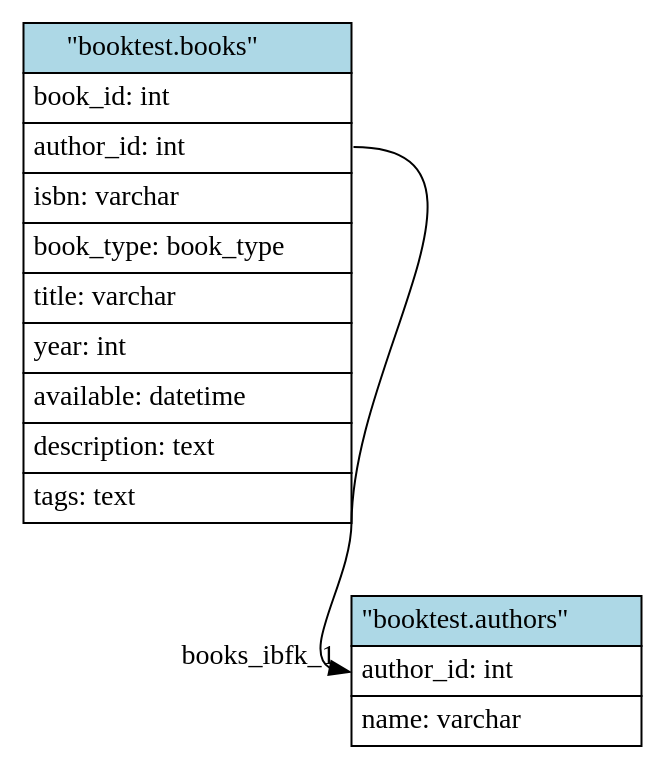
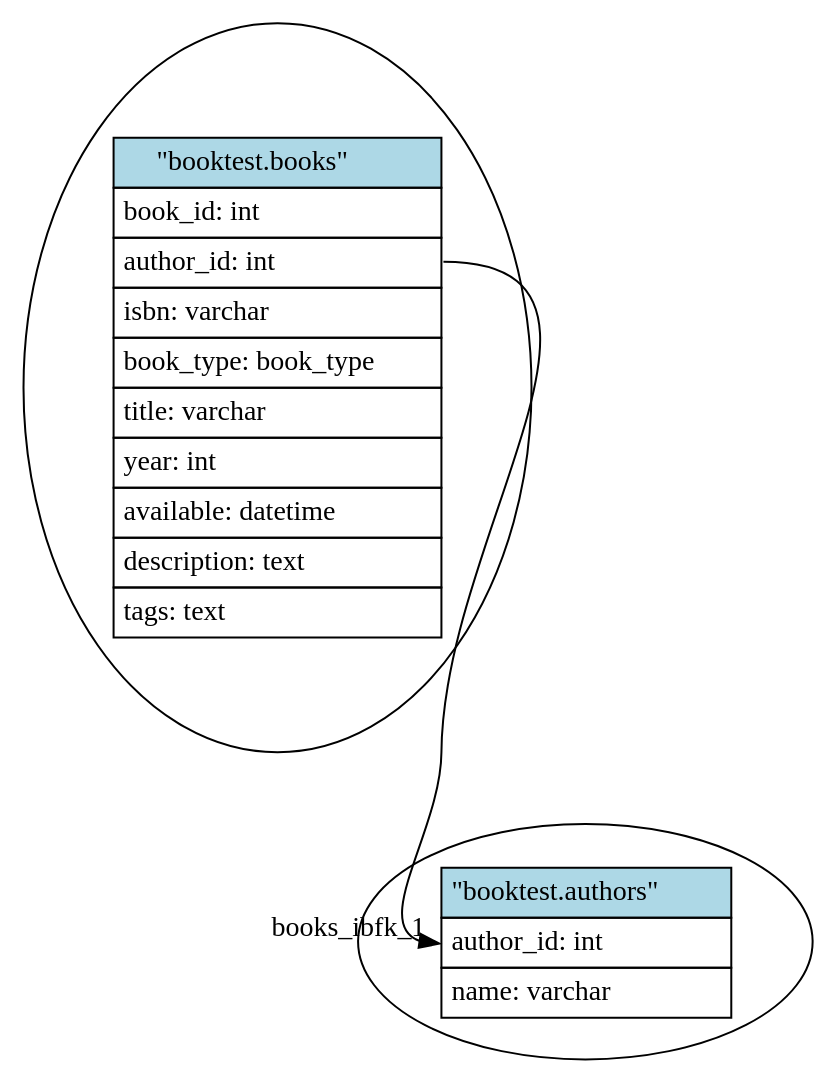
One commit to niurkacanals/Sql-expert-for-database changed the diagram in _examples/booktest/mysql/xo.xo.dot. Above: the diagram before and after it, drawn with Graphviz. The commit also changed 72 other files, not shown here.

```diff
--- a/_examples/booktest/mysql/xo.xo.dot
+++ b/_examples/booktest/mysql/xo.xo.dot
@@ -1,31 +1,27 @@
 // Generated by xo for the booktest schema.
 digraph booktest {
-	// Defaults
-	node [shape=none
-	 margin=0]
-	
 	// Nodes (tables)
 	"booktest.authors" [ label=<
 		<table border="0" cellborder="1" cellspacing="0" cellpadding="4">
 		<tr><td bgcolor="lightblue">"booktest.authors"</td></tr>
 		<tr><td align="left" PORT="author_id">author_id: int</td></tr>
 		<tr><td align="left" PORT="name">name: varchar</td></tr>
 		</table>> ]
 	
 	"booktest.books" [ label=<
 		<table border="0" cellborder="1" cellspacing="0" cellpadding="4">
 		<tr><td bgcolor="lightblue">"booktest.books"</td></tr>
 		<tr><td align="left" PORT="book_id">book_id: int</td></tr>
 		<tr><td align="left" PORT="author_id">author_id: int</td></tr>
 		<tr><td align="left" PORT="isbn">isbn: varchar</td></tr>
 		<tr><td align="left" PORT="book_type">book_type: book_type</td></tr>
 		<tr><td align="left" PORT="title">title: varchar</td></tr>
 		<tr><td align="left" PORT="year">year: int</td></tr>
 		<tr><td align="left" PORT="available">available: datetime</td></tr>
 		<tr><td align="left" PORT="description">description: text</td></tr>
 		<tr><td align="left" PORT="tags">tags: text</td></tr>
 		</table>> ]
 	
 	"booktest.books":"author_id":e -> "booktest.authors":"author_id":w [
 		headlabel="books_ibfk_1"]
 }
```
